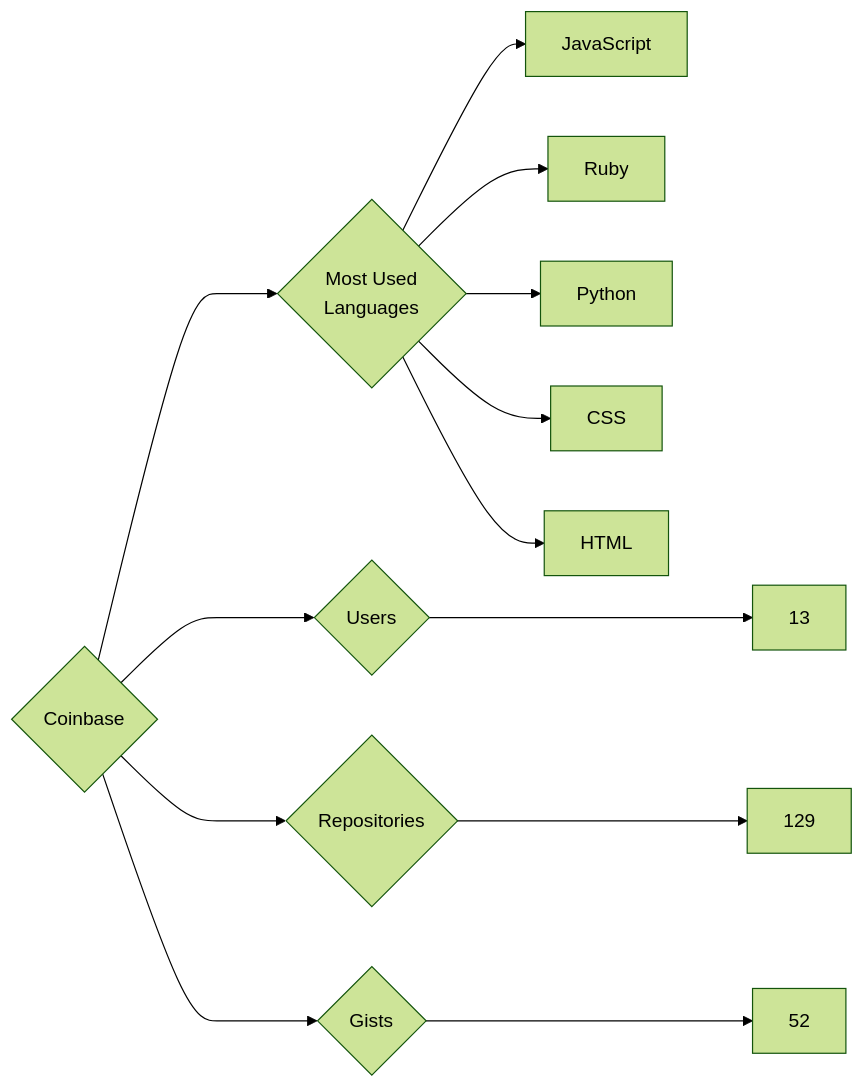
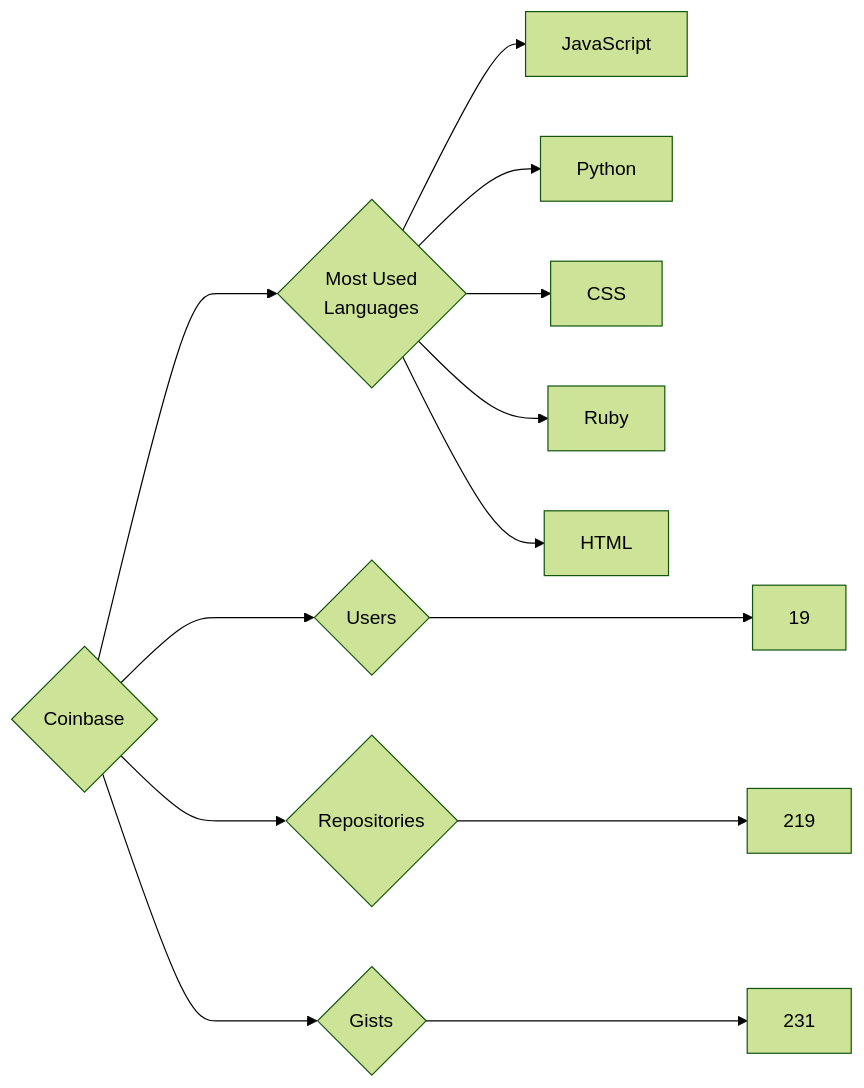
Before and after one commit to trickest/insiders: the diagram in targets/Coinbase/README.md, drawn with Mermaid (forest theme). The commit also changed 882 other files, not shown here.

````diff
--- a/targets/Coinbase/README.md
+++ b/targets/Coinbase/README.md
@@ -3,13 +3,13 @@
 ```mermaid
 graph LR
 COMPANY_NAME{Coinbase}
-COMPANY_NAME ---> U{Users} ---> UN[13]
-COMPANY_NAME ---> R{Repositories} ---> RN[129]
-COMPANY_NAME ---> G{Gists} ---> GN[52]
+COMPANY_NAME ---> U{Users} ---> UN[19]
+COMPANY_NAME ---> R{Repositories} ---> RN[219]
+COMPANY_NAME ---> G{Gists} ---> GN[231]
 COMPANY_NAME ---> ML{Most Used<br>Languages}
 ML --> JavaScript[JavaScript]
-ML --> Ruby[Ruby]
 ML --> Python[Python]
 ML --> CSS[CSS]
+ML --> Ruby[Ruby]
 ML --> HTML[HTML]
 ```
````
